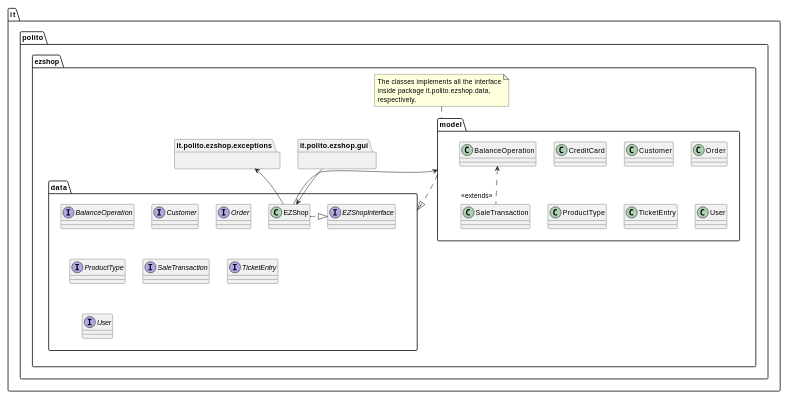
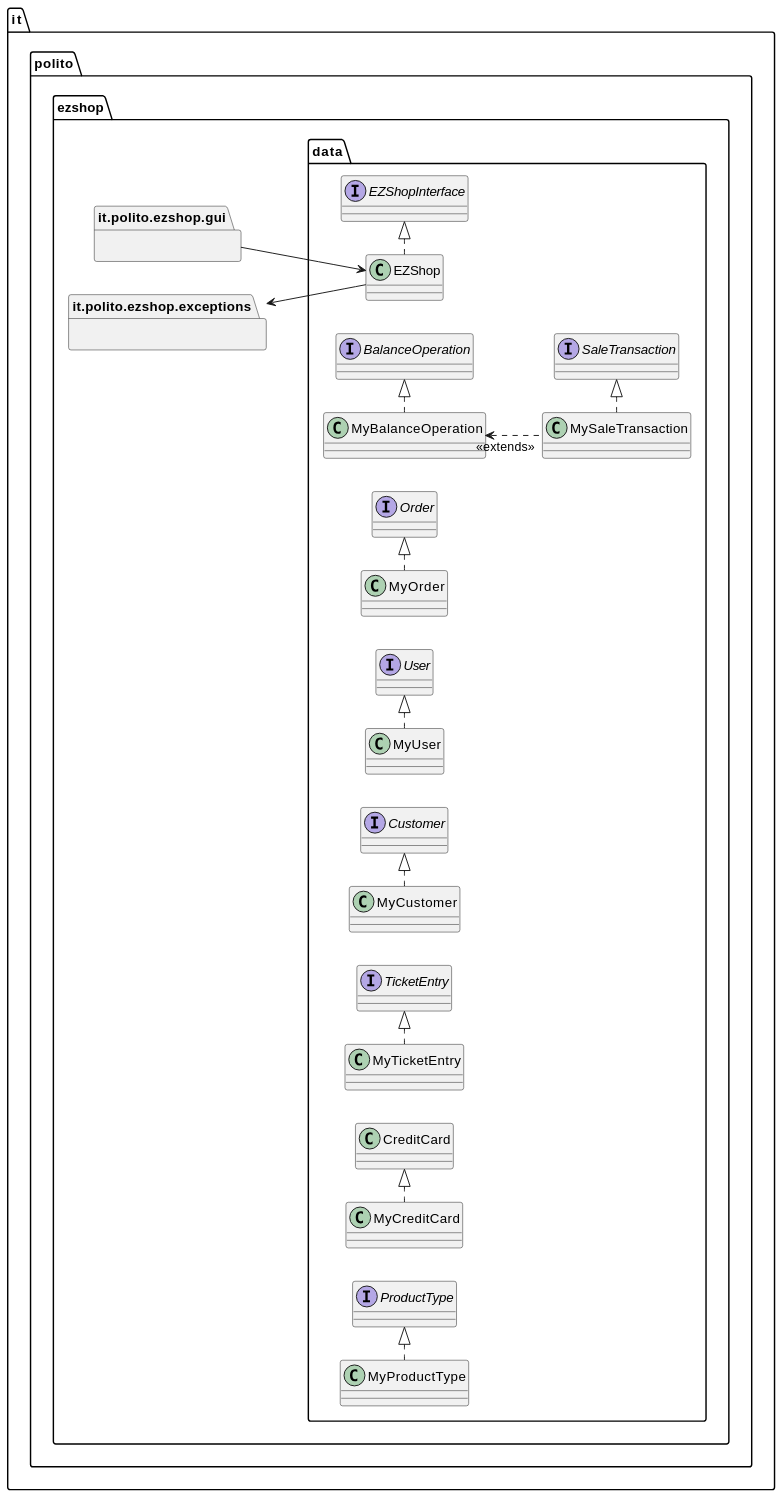
One commit to mkexc/ezshop changed the first of 22 diagrams in Deliverables/DesignDocument.md. Above: the diagram before and after it, drawn with PlantUML. The commit also changed other lines of this file and 160 other files, not shown here.

````diff
--- a/Deliverables/DesignDocument.md
+++ b/Deliverables/DesignDocument.md
@@ -22,52 +20,49 @@
 ```plantuml
 @startuml
 scale 1024 width
-top to bottom direction
+left to right direction
 allow_mixing
 
 package it.polito.ezshop {
     package it.polito.ezshop.gui {}
     
     package it.polito.ezshop.exceptions {}
-    
-    package it.polito.ezshop.model {
-        class it.polito.ezshop.model.BalanceOperation
-        class it.polito.ezshop.model.CreditCard
-        class it.polito.ezshop.model.Customer
-        class it.polito.ezshop.model.Order
-        class it.polito.ezshop.model.ProductType
-        class it.polito.ezshop.model.SaleTransaction
-        class it.polito.ezshop.model.TicketEntry
-        class it.polito.ezshop.model.User
-    }
-
+   
     package it.polito.ezshop.data {
         interface it.polito.ezshop.data.EZShopInterface
         interface it.polito.ezshop.data.BalanceOperation
         interface it.polito.ezshop.data.Customer
         interface it.polito.ezshop.data.Order
         interface it.polito.ezshop.data.ProductType
         interface it.polito.ezshop.data.SaleTransaction
         interface it.polito.ezshop.data.TicketEntry
         interface it.polito.ezshop.data.User
+        class it.polito.ezshop.data.MyBalanceOperation
+        class it.polito.ezshop.data.MyCreditCard
+        class it.polito.ezshop.data.MyCustomer
+        class it.polito.ezshop.data.MyOrder
+        class it.polito.ezshop.data.MyProductType
+        class it.polito.ezshop.data.MySaleTransaction
+        class it.polito.ezshop.data.MyTicketEntry
+        class it.polito.ezshop.data.MyUser
         class it.polito.ezshop.data.EZShop
     }
-
-    note as modelImpl
-        The classes implements all the interface
-        inside package it.polito.ezshop.data,
-        respectively.
-    end note
 }
 
 
 it.polito.ezshop.data.EZShop .|> it.polito.ezshop.data.EZShopInterface
-it.polito.ezshop.model .|> it.polito.ezshop.data
-it.polito.ezshop.model .up. modelImpl
-it.polito.ezshop.model.BalanceOperation <.. "<<extends>>" it.polito.ezshop.model.SaleTransaction
+it.polito.ezshop.data.MyBalanceOperation .|> it.polito.ezshop.data.BalanceOperation
+it.polito.ezshop.data.MyOrder .|> it.polito.ezshop.data.Order
+it.polito.ezshop.data.MyUser .|> it.polito.ezshop.data.User
+it.polito.ezshop.data.MyCustomer .|> it.polito.ezshop.data.Customer
+it.polito.ezshop.data.MySaleTransaction .|> it.polito.ezshop.data.SaleTransaction
+it.polito.ezshop.data.MyTicketEntry .|> it.polito.ezshop.data.TicketEntry
+it.polito.ezshop.data.MyCreditCard .|> it.polito.ezshop.data.CreditCard
+it.polito.ezshop.data.MyProductType .|> it.polito.ezshop.data.ProductType
+
+it.polito.ezshop.data.MyBalanceOperation <.. "<<extends>>" it.polito.ezshop.data.MySaleTransaction
 it.polito.ezshop.data.EZShop <-up- it.polito.ezshop.gui
 it.polito.ezshop.exceptions <-- it.polito.ezshop.data.EZShop
-it.polito.ezshop.model <-- it.polito.ezshop.data.EZShop
 
 @enduml
 ```
````
